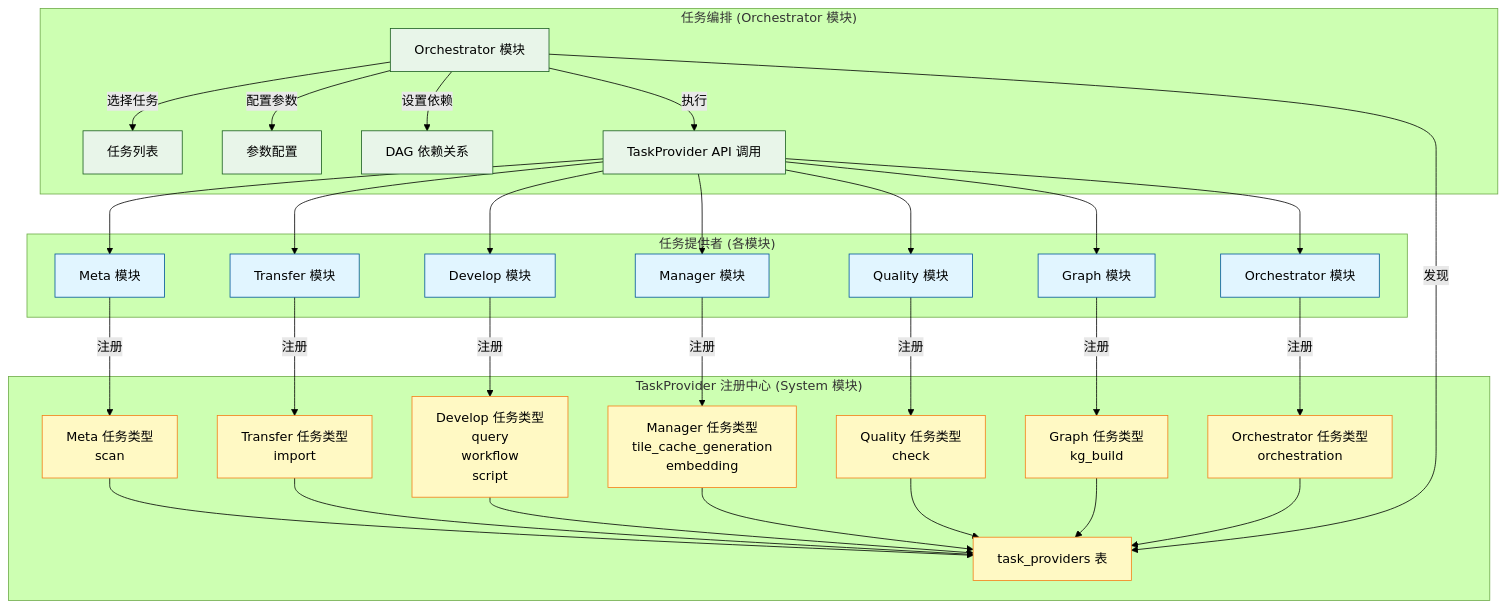
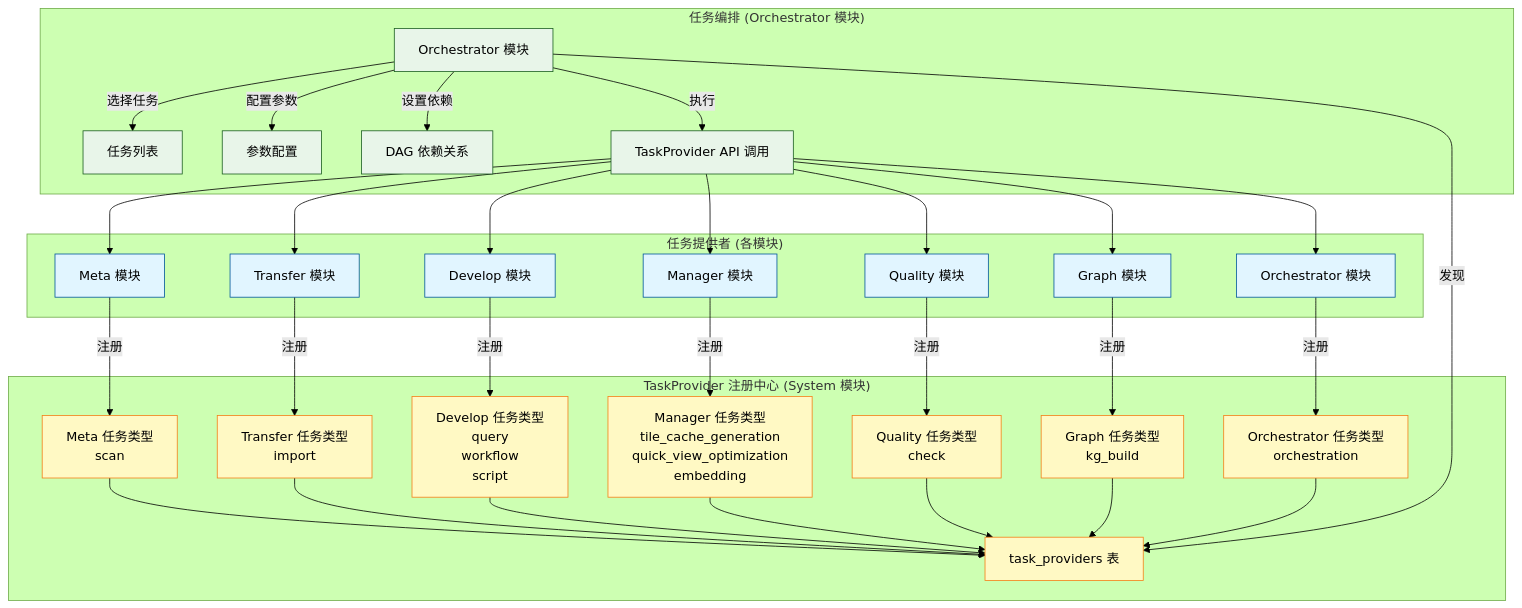
Before and after one commit to pampa0629/addp: the first of 6 diagrams in docs/concepts/addp任务编排体系图.md, drawn with Mermaid (forest theme). The commit also changed other lines of this file and 35 other files, not shown here.

````diff
--- a/docs/concepts/addp任务编排体系图.md
+++ b/docs/concepts/addp任务编排体系图.md
@@ -35,58 +35,58 @@
 ```mermaid
 graph TB
     subgraph "任务提供者 (各模块)"
         Meta[Meta 模块]
         Transfer[Transfer 模块]
         Develop[Develop 模块]
         Manager[Manager 模块]
         Quality[Quality 模块]
         Graph[Graph 模块]
         OrchestratorProvider[Orchestrator 模块]
     end
 
     subgraph "TaskProvider 注册中心 (System 模块)"
         Registry[task_providers 表]
 
         Meta --> |注册| MetaCap[Meta 任务类型<br/>scan]
         Transfer --> |注册| TransferCap[Transfer 任务类型<br/>import]
         Develop --> |注册| DevelopCap[Develop 任务类型<br/>query<br/>workflow<br/>script]
-        Manager --> |注册| ManagerCap[Manager 任务类型<br/>tile_cache_generation<br/>embedding]
+        Manager --> |注册| ManagerCap[Manager 任务类型<br/>tile_cache_generation<br/>quick_view_optimization<br/>embedding]
         Quality --> |注册| QualityCap[Quality 任务类型<br/>check]
         Graph --> |注册| GraphCap[Graph 任务类型<br/>kg_build]
         OrchestratorProvider --> |注册| OrchestratorCap[Orchestrator 任务类型<br/>orchestration]
 
         MetaCap --> Registry
         TransferCap --> Registry
         DevelopCap --> Registry
         ManagerCap --> Registry
         QualityCap --> Registry
         GraphCap --> Registry
         OrchestratorCap --> Registry
     end
 
     subgraph "任务编排 (Orchestrator 模块)"
         Orchestrator[Orchestrator 模块]
 
         Orchestrator --> |发现| Registry
         Orchestrator --> |选择任务| Tasks[任务列表]
         Orchestrator --> |配置参数| Params[参数配置]
         Orchestrator --> |设置依赖| DAG[DAG 依赖关系]
         Orchestrator --> |执行| Call[TaskProvider API 调用]
     end
 
     Call --> Meta
     Call --> Transfer
     Call --> Develop
     Call --> Manager
     Call --> Quality
     Call --> Graph
     Call --> OrchestratorProvider
 
     classDef provider fill:#e1f5ff,stroke:#01579b
     classDef registry fill:#fff9c4,stroke:#f57f17
     classDef orchestrator fill:#e8f5e9,stroke:#1b5e20
 
     class Meta,Transfer,Develop,Manager,Quality,Graph,OrchestratorProvider provider
     class Registry,MetaCap,TransferCap,DevelopCap,ManagerCap,QualityCap,GraphCap,OrchestratorCap registry
     class Orchestrator,Tasks,Params,DAG,Call orchestrator
 ```
````
